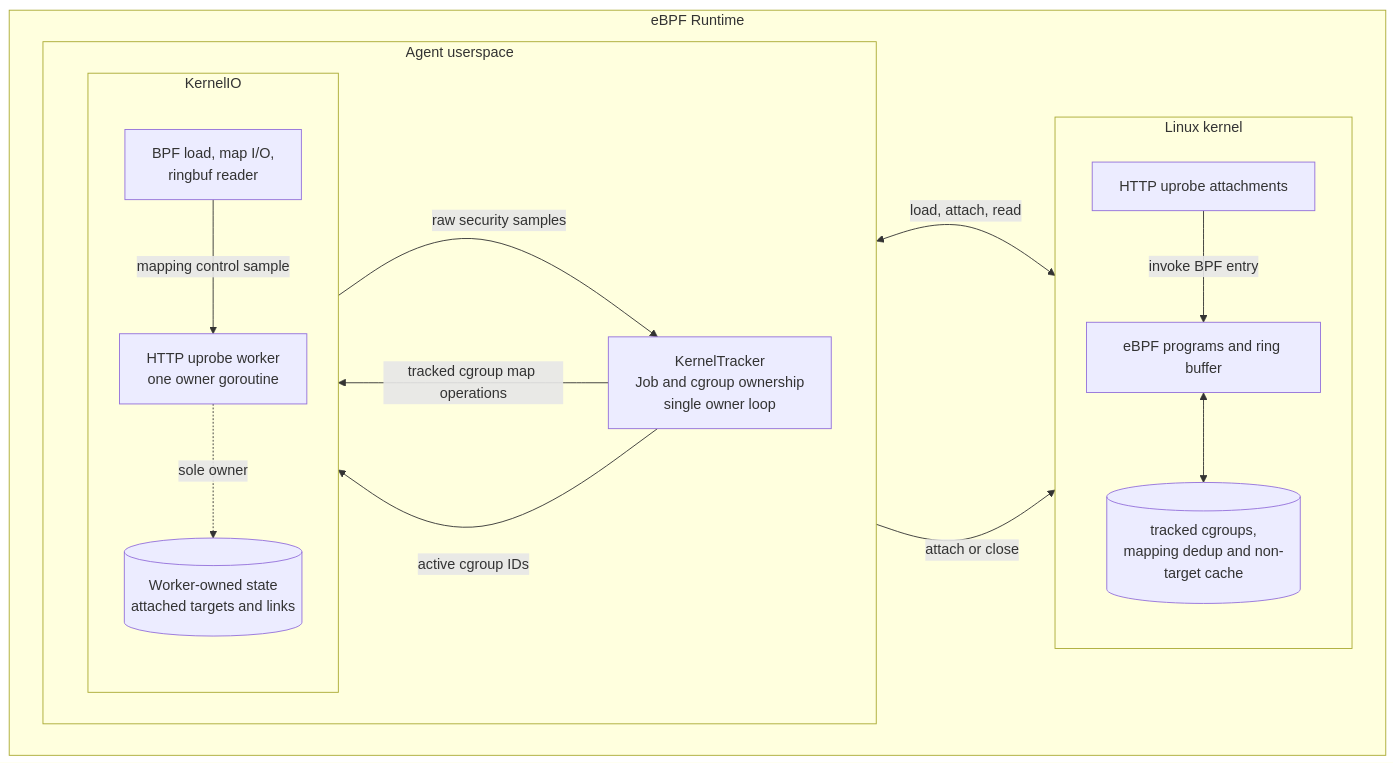
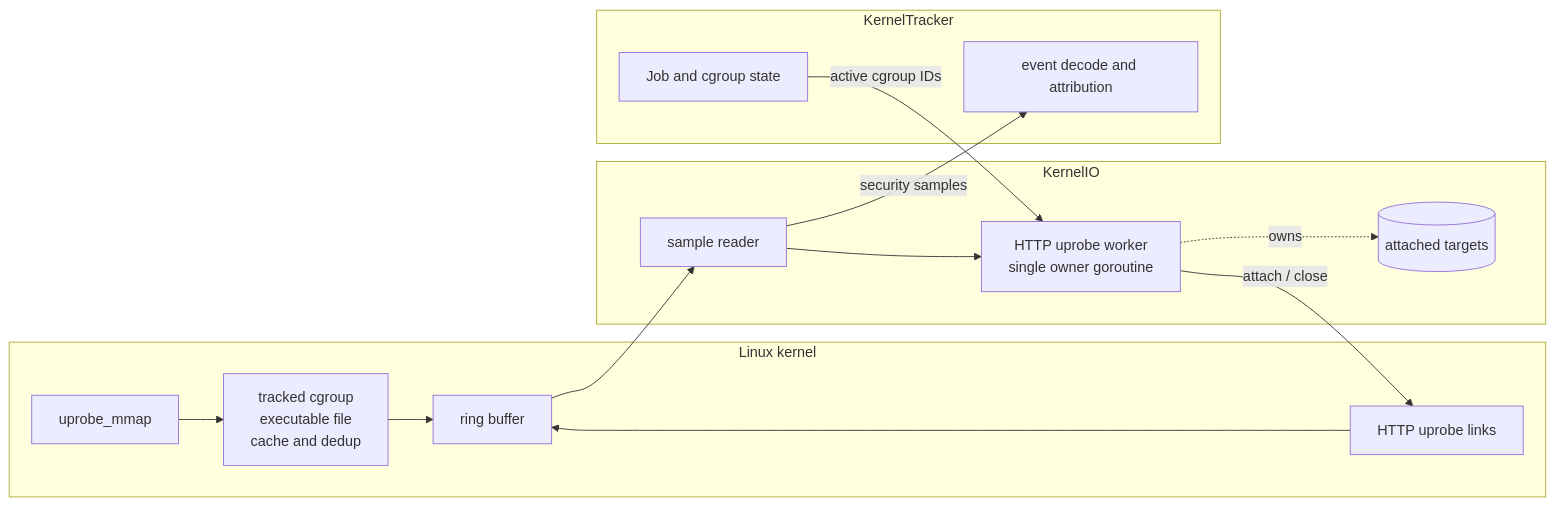
The first of 4 diagrams in docs/developer-guide/ebpf/http-uprobes.md (cicd-sensor/cicd-sensor), drawn with Mermaid before and after one commit. The commit also changed other lines of this file and 2 other files, not shown here.

Commit message:
docs(ebpf): explain HTTP uprobe discovery design

````diff
--- a/docs/developer-guide/ebpf/http-uprobes.md
+++ b/docs/developer-guide/ebpf/http-uprobes.md
@@ -23,34 +63,29 @@
 ```mermaid
 flowchart LR
-    subgraph ER["eBPF Runtime"]
-        direction LR
-        subgraph KR["Agent userspace"]
-            direction LR
-            KT["KernelTracker<br/>Job and cgroup ownership<br/>single owner loop"]
-
-            subgraph KIO["KernelIO"]
-                direction TB
-                BIO["BPF load, map I/O,<br/>ringbuf reader"]
-                WORKER["HTTP uprobe worker<br/>one owner goroutine"]
-                STATE[("Worker-owned state<br/>attached targets and links")]
-                WORKER -.->|"sole owner"| STATE
-            end
-        end
-
-        subgraph KERNEL["Linux kernel"]
-            direction TB
-            ATTACH["HTTP uprobe attachments"]
-            BPF["eBPF programs and ring buffer"]
-            CACHE[("tracked cgroups,<br/>mapping dedup and non-target cache")]
-            ATTACH -->|"invoke BPF entry"| BPF
-            BPF <--> CACHE
-        end
+    subgraph KERNEL["Linux kernel"]
+        MMAP["uprobe_mmap"]
+        FILTER["tracked cgroup<br/>executable file<br/>cache and dedup"]
+        LINKS["HTTP uprobe links"]
+        EVENTS["ring buffer"]
+        MMAP --> FILTER --> EVENTS
+        LINKS --> EVENTS
     end
 
-    KT -->|"tracked cgroup map operations"| BIO
-    BIO <-->|"load, attach, read"| BPF
-    BIO -->|"mapping control sample"| WORKER
-    BIO -->|"raw security samples"| KT
-    KT -->|"active cgroup IDs"| WORKER
-    WORKER -->|"attach or close"| ATTACH
+    subgraph KIO["KernelIO"]
+        READER["sample reader"]
+        WORKER["HTTP uprobe worker<br/>single owner goroutine"]
+        TARGETS[("attached targets")]
+        READER --> WORKER
+        WORKER -.->|"owns"| TARGETS
+    end
+
+    subgraph KT["KernelTracker"]
+        CGROUPS["Job and cgroup state"]
+        DECODE["event decode and attribution"]
+    end
+
+    EVENTS --> READER
+    WORKER -->|"attach / close"| LINKS
+    CGROUPS -->|"active cgroup IDs"| WORKER
+    READER -->|"security samples"| DECODE
 ```
````
